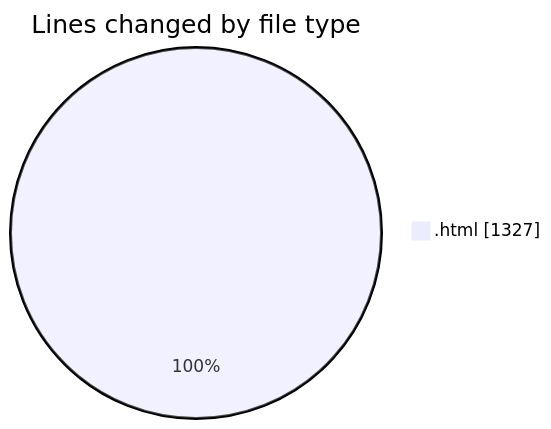
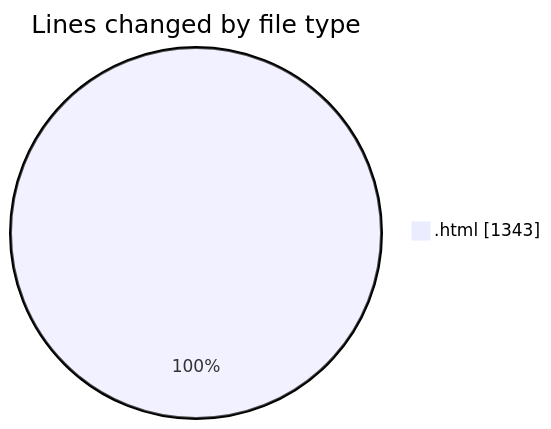
The first of 2 diagrams in 2025-08-08/nxtqube_webapp/README.md (nxtqubesakshisongat/code-tracking), drawn with Mermaid before and after one commit. The commit also changed other lines of this file and 1 other file, not shown here.

````diff
--- a/2025-08-08/nxtqube_webapp/README.md
+++ b/2025-08-08/nxtqube_webapp/README.md
@@ -20,5 +20,5 @@
 ```mermaid
 pie showData
 title Lines changed by file type
-".html" : 1327
+".html" : 1343
 ```
````
